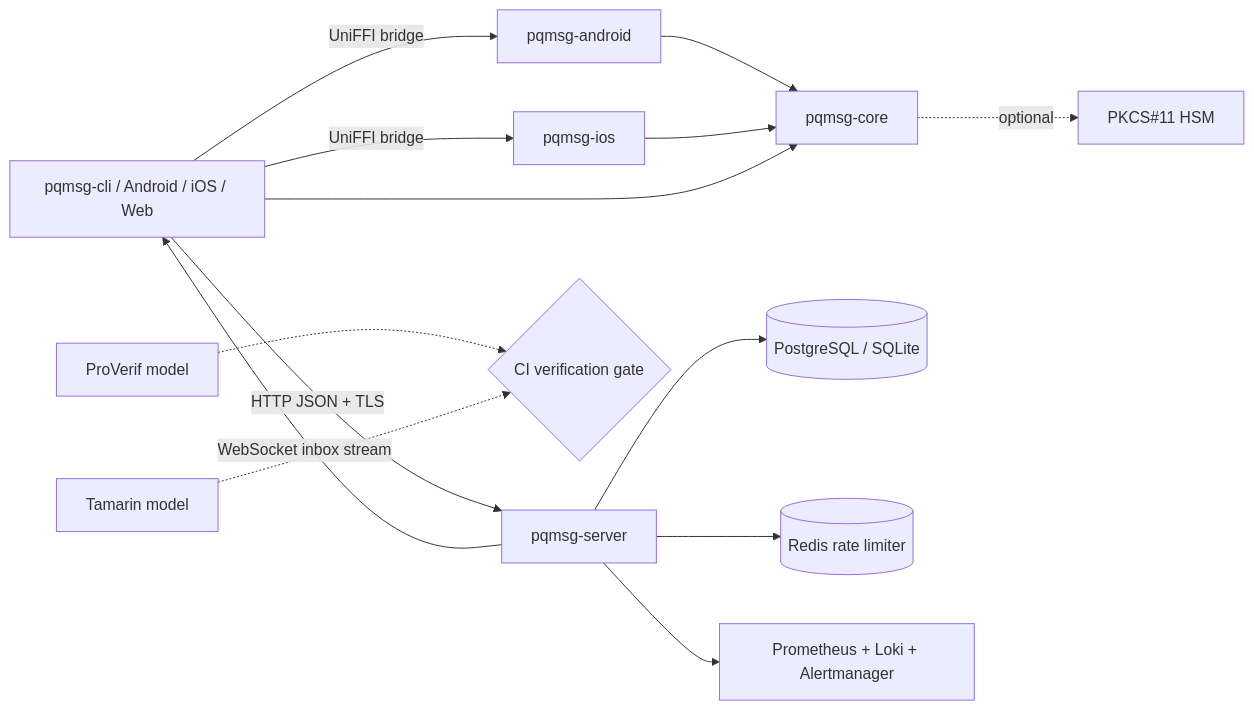
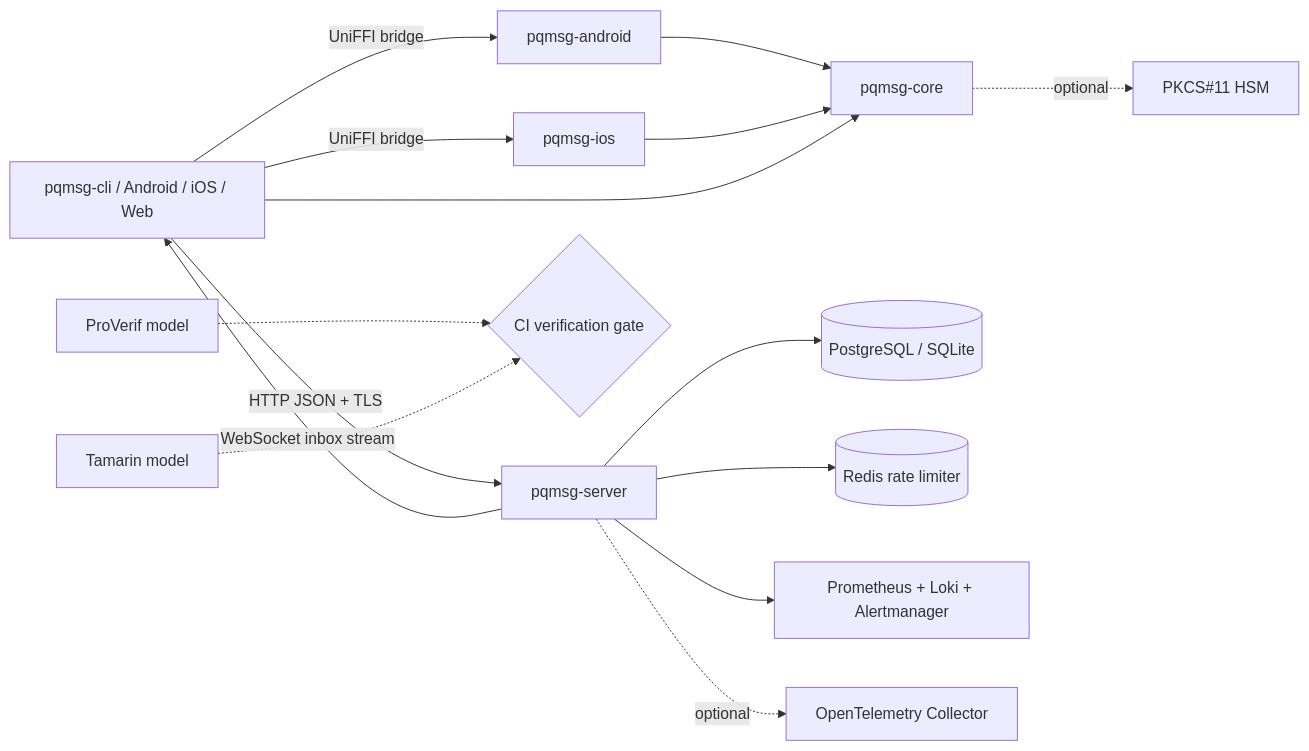
One commit to ErenAri/post-quantum-messaging-app changed the first of 2 diagrams in README.md. Above: the diagram before and after it, drawn with Mermaid. The commit also changed other lines of this file and 17 other files, not shown here.

First line of the commit message:
Add end-to-end tests for client messaging flows

````diff
--- a/README.md
+++ b/README.md
@@ -25,16 +25,17 @@
 ```mermaid
 flowchart LR
     C[pqmsg-cli / Android / iOS / Web] -->|HTTP JSON + TLS| S[pqmsg-server]
     S -->|WebSocket inbox stream| C
     C -->|UniFFI bridge| A[pqmsg-android]
     C -->|UniFFI bridge| I[pqmsg-ios]
     A --> CORE[pqmsg-core]
     I --> CORE
     C --> CORE
     CORE -.->|optional| HSM[PKCS#11 HSM]
     S --> DB[(PostgreSQL / SQLite)]
     S --> RD[(Redis rate limiter)]
     S --> OBS[Prometheus + Loki + Alertmanager]
+    S -.->|optional| OTLP[OpenTelemetry Collector]
     PV[ProVerif model] -.-> V{CI verification gate}
     TM[Tamarin model] -.-> V
 ```
````
